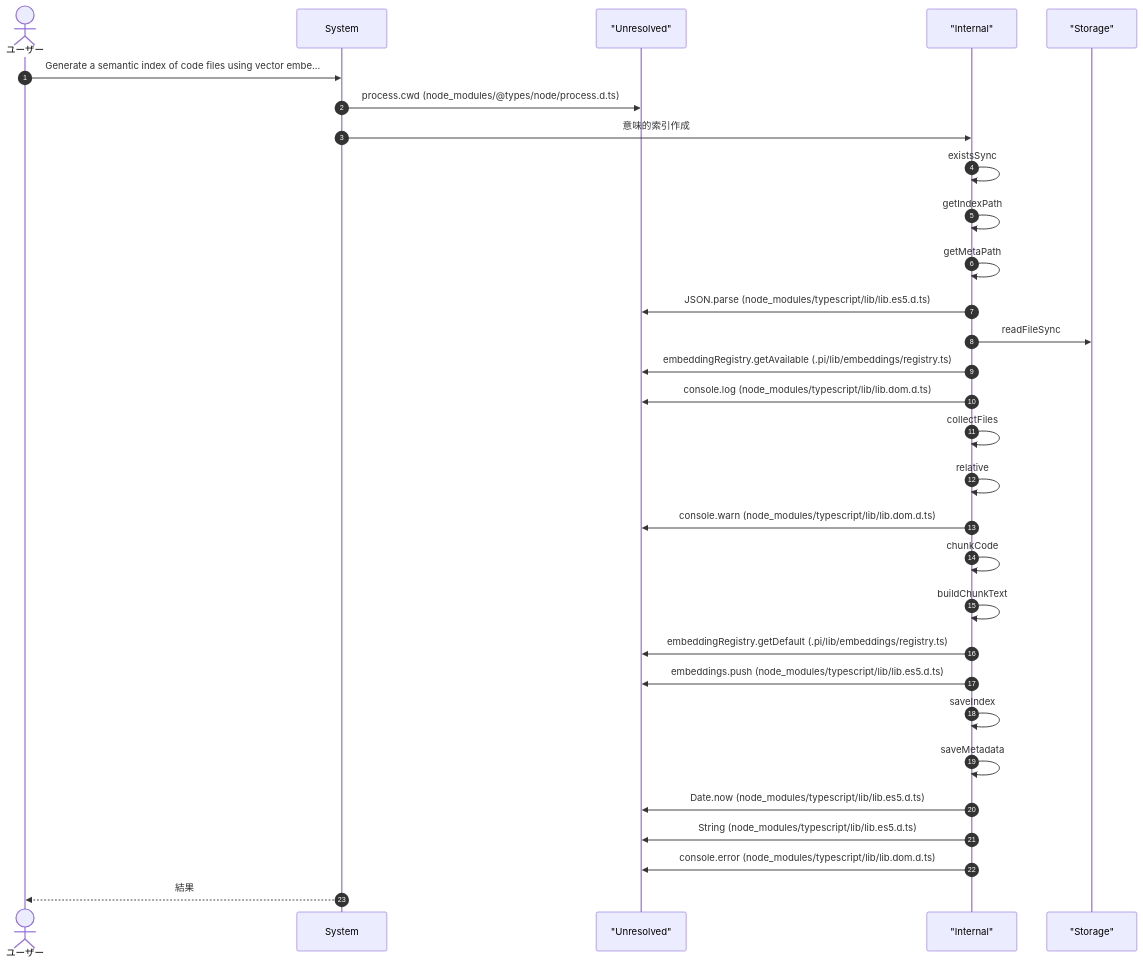
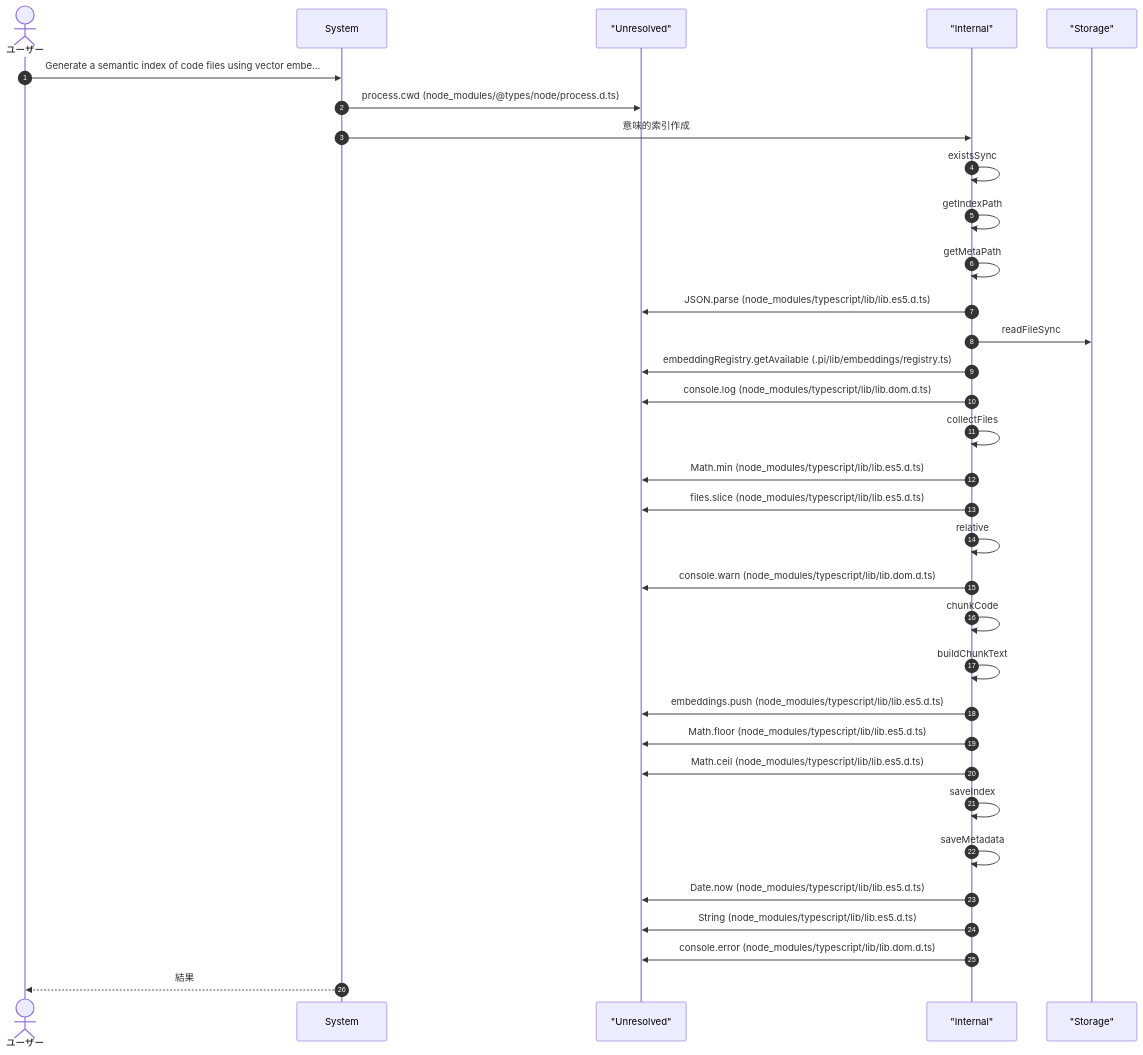
Before and after one commit to Mekann2904/mekann: the eighth of 19 diagrams in ABDD/.pi/extensions/search/index.md, drawn with Mermaid. The commit also changed other lines of this file and 189 other files, not shown here.

````diff
--- a/ABDD/.pi/extensions/search/index.md
+++ b/ABDD/.pi/extensions/search/index.md
@@ -462,34 +462,37 @@
 ```mermaid
 sequenceDiagram
   autonumber
   actor User as ユーザー
   participant System as System
   participant Unresolved as "Unresolved"
   participant Internal as "Internal"
   participant Storage as "Storage"
 
   User->>System: Generate a semantic index of code files using vector embe...
   System->>Unresolved: process.cwd (node_modules/@types/node/process.d.ts)
   System->>Internal: 意味的索引作成
   Internal->>Internal: existsSync
   Internal->>Internal: getIndexPath
   Internal->>Internal: getMetaPath
   Internal->>Unresolved: JSON.parse (node_modules/typescript/lib/lib.es5.d.ts)
   Internal->>Storage: readFileSync
   Internal->>Unresolved: embeddingRegistry.getAvailable (.pi/lib/embeddings/registry.ts)
   Internal->>Unresolved: console.log (node_modules/typescript/lib/lib.dom.d.ts)
   Internal->>Internal: collectFiles
+  Internal->>Unresolved: Math.min (node_modules/typescript/lib/lib.es5.d.ts)
+  Internal->>Unresolved: files.slice (node_modules/typescript/lib/lib.es5.d.ts)
   Internal->>Internal: relative
   Internal->>Unresolved: console.warn (node_modules/typescript/lib/lib.dom.d.ts)
   Internal->>Internal: chunkCode
   Internal->>Internal: buildChunkText
-  Internal->>Unresolved: embeddingRegistry.getDefault (.pi/lib/embeddings/registry.ts)
   Internal->>Unresolved: embeddings.push (node_modules/typescript/lib/lib.es5.d.ts)
+  Internal->>Unresolved: Math.floor (node_modules/typescript/lib/lib.es5.d.ts)
+  Internal->>Unresolved: Math.ceil (node_modules/typescript/lib/lib.es5.d.ts)
   Internal->>Internal: saveIndex
   Internal->>Internal: saveMetadata
   Internal->>Unresolved: Date.now (node_modules/typescript/lib/lib.es5.d.ts)
   Internal->>Unresolved: String (node_modules/typescript/lib/lib.es5.d.ts)
   Internal->>Unresolved: console.error (node_modules/typescript/lib/lib.dom.d.ts)
   System-->>User: 結果
 
 ```
````
